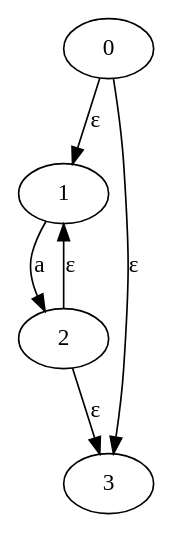
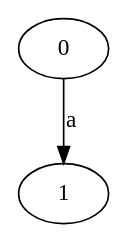
The diagram in Digraph.gv (GSWlee/re-engine), drawn with Graphviz before and after one commit. The commit also changed 8 other files, not shown here.

```diff
--- a/Digraph.gv
+++ b/Digraph.gv
@@ -1,11 +1,5 @@
 digraph {
 	0 [label=0]
 	1 [label=1]
-	2 [label=2]
-	3 [label=3]
-	1 -> 2 [label=a]
-	0 -> 1 [label="ε"]
-	2 -> 3 [label="ε"]
-	0 -> 3 [label="ε"]
-	2 -> 1 [label="ε"]
+	0 -> 1 [label=a]
 }
```
